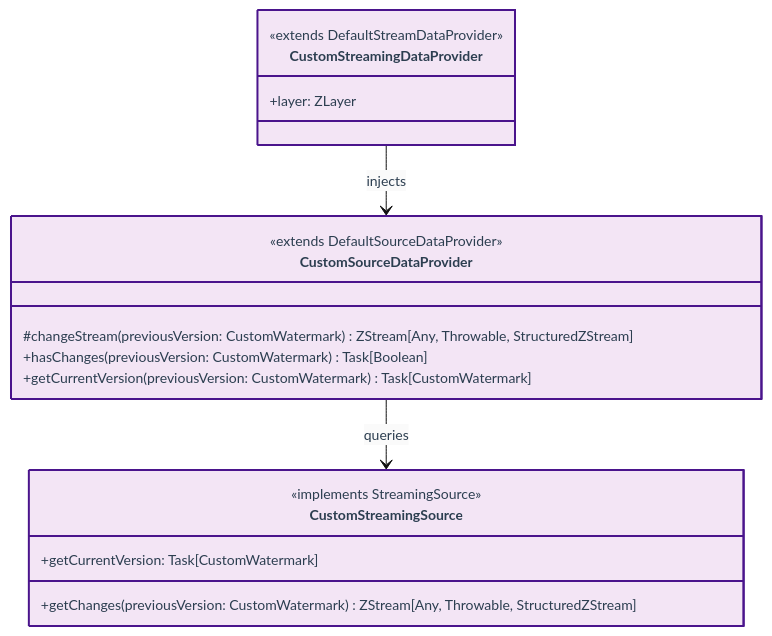
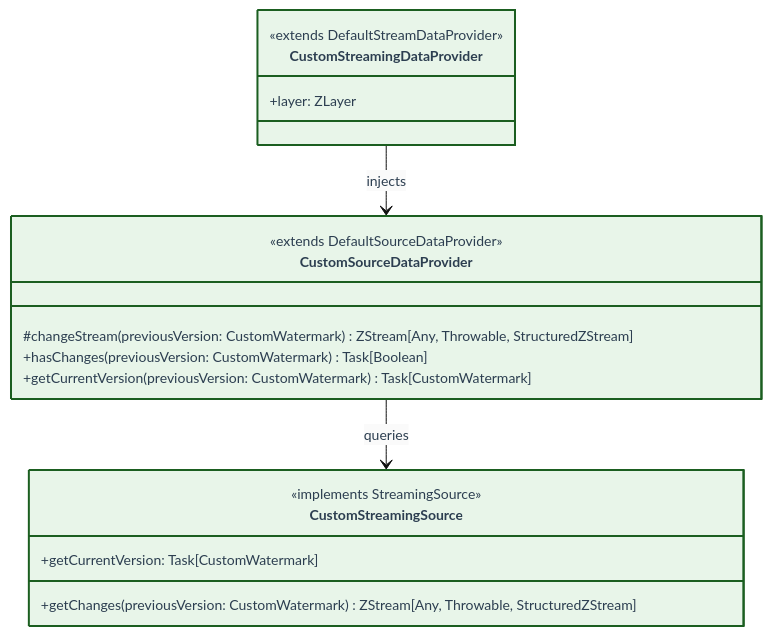
Before and after one commit to SneaksAndData/arcane-framework-scala: the third of 3 diagrams in docs/class_diagram.md, drawn with Mermaid. The commit also changed other lines of this file, not shown here.

````diff
--- a/docs/class_diagram.md
+++ b/docs/class_diagram.md
@@ -117,47 +119,47 @@
 ```mermaid
 %%{init: {
   "theme": "base",
   "themeVariables": {
     "primaryColor": "#fafafa",
     "primaryTextColor": "#2c3e50",
     "primaryBorderColor": "#7f8c8d",
     "lineColor": "#111111",
     "arrowheadColor": "#111111",
     "secondaryColor": "#fdfdfd",
     "tertiaryColor": "#ffffff",
     "fontSize": "14px",
     "fontFamily": "Fira Code, Menlo, Monaco, Consolas, Courier New, monospace"
   },
   "class": {
     "curve": "linear"
   }
 } }%%
 classDiagram
     direction TB
 
     %% Custom Implementations
     class CustomStreamingDataProvider {
         <<extends DefaultStreamDataProvider>>
         +layer: ZLayer
     }
     class CustomSourceDataProvider {
         <<extends DefaultSourceDataProvider>>
         #changeStream(previousVersion: CustomWatermark) ZStream[Any, Throwable, StructuredZStream]
         +hasChanges(previousVersion: CustomWatermark) Task[Boolean]
         +getCurrentVersion(previousVersion: CustomWatermark) Task[CustomWatermark]
     }
     class CustomStreamingSource {
         <<implements StreamingSource>>
         +getChanges(previousVersion: CustomWatermark) ZStream[Any, Throwable, StructuredZStream]
         +getCurrentVersion: Task[CustomWatermark]
     }
 
     %% Relationships
     CustomStreamingDataProvider --> CustomSourceDataProvider : injects
     CustomSourceDataProvider --> CustomStreamingSource : queries
 
     %% Styling
-    style CustomStreamingDataProvider fill:#f3e5f5,stroke:#4a148c,stroke-width:2px
-    style CustomSourceDataProvider fill:#f3e5f5,stroke:#4a148c,stroke-width:2px
-    style CustomStreamingSource fill:#f3e5f5,stroke:#4a148c,stroke-width:2px
+    style CustomStreamingDataProvider fill:#e8f5e9,stroke:#1b5e20,stroke-width:2px
+    style CustomSourceDataProvider fill:#e8f5e9,stroke:#1b5e20,stroke-width:2px
+    style CustomStreamingSource fill:#e8f5e9,stroke:#1b5e20,stroke-width:2px
 ```
````
